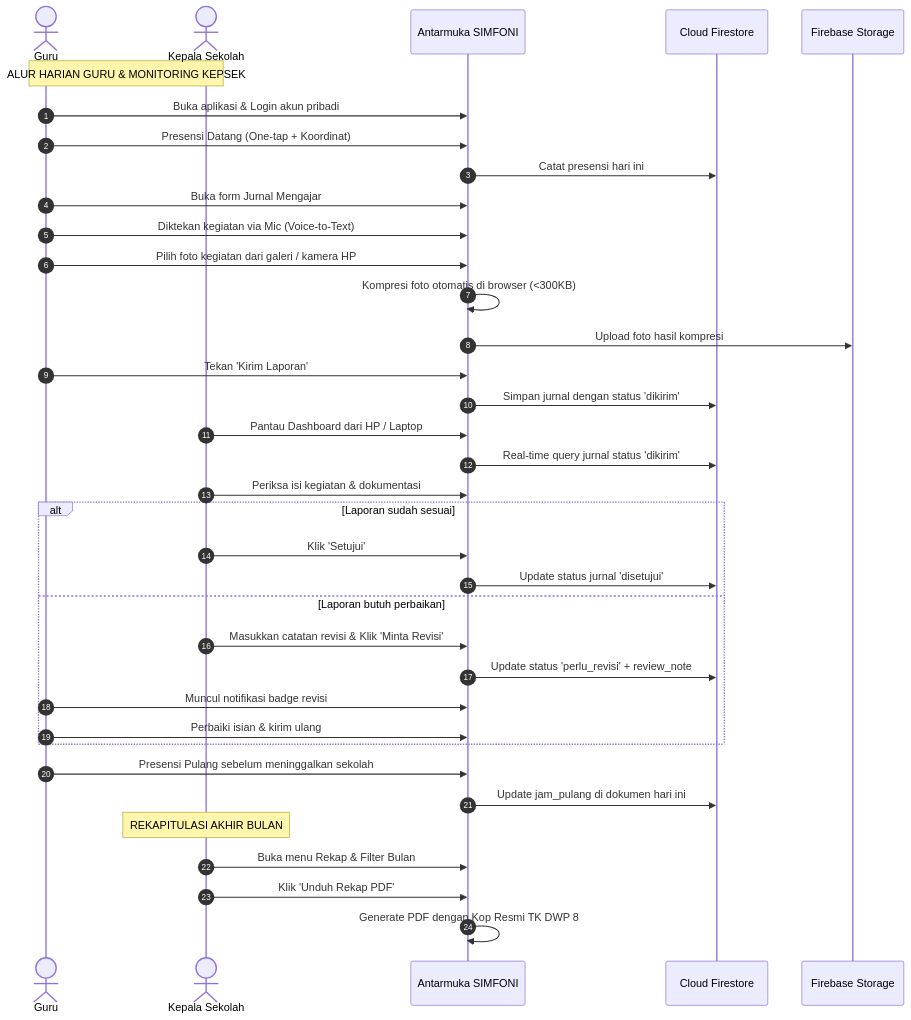
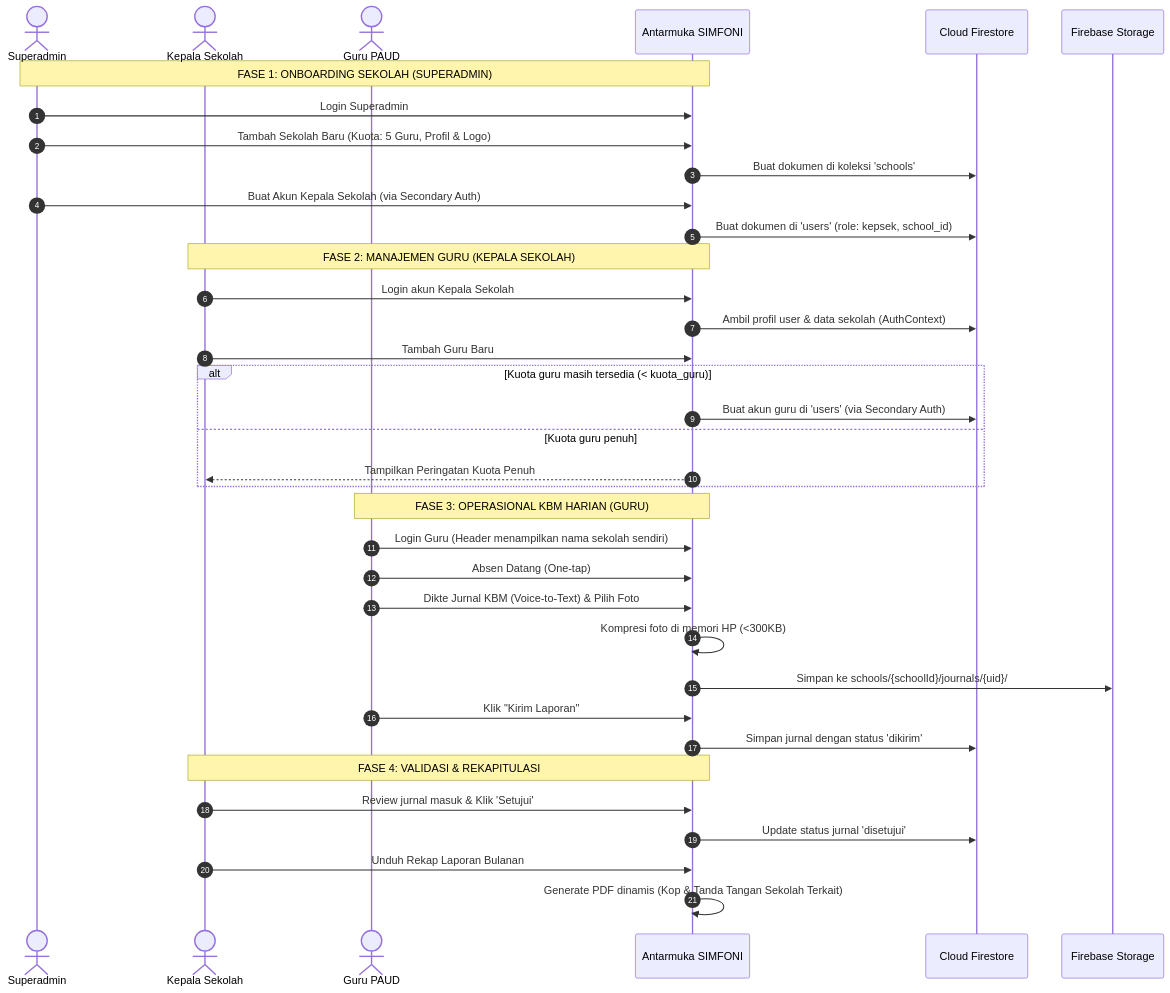
One commit to bud1purwanto/Simfoni-PAUD changed the second of 2 diagrams in docs/features-and-workflow.md. Above: the diagram before and after it, drawn with Mermaid. The commit also changed other lines of this file and 7 other files, not shown here.

````diff
--- a/docs/features-and-workflow.md
+++ b/docs/features-and-workflow.md
@@ -109,43 +94,42 @@
 ```mermaid
 sequenceDiagram
     autonumber
-    actor Guru
-    actor Kepsek as Kepala Sekolah
+    actor SA as Superadmin
+    actor KP as Kepala Sekolah
+    actor GR as Guru PAUD
     participant App as Antarmuka SIMFONI
     participant DB as Cloud Firestore
     participant Storage as Firebase Storage
 
-    Note over Guru, Kepsek: ALUR HARIAN GURU & MONITORING KEPSEK
-    Guru->>App: Buka aplikasi & Login akun pribadi
-    Guru->>App: Presensi Datang (One-tap + Koordinat)
-    App->>DB: Catat presensi hari ini
-    
-    Guru->>App: Buka form Jurnal Mengajar
-    Guru->>App: Diktekan kegiatan via Mic (Voice-to-Text)
-    Guru->>App: Pilih foto kegiatan dari galeri / kamera HP
-    App->>App: Kompresi foto otomatis di browser (<300KB)
-    App->>Storage: Upload foto hasil kompresi
-    Guru->>App: Tekan 'Kirim Laporan'
+    Note over SA, App: FASE 1: ONBOARDING SEKOLAH (SUPERADMIN)
+    SA->>App: Login Superadmin
+    SA->>App: Tambah Sekolah Baru (Kuota: 5 Guru, Profil & Logo)
+    App->>DB: Buat dokumen di koleksi 'schools'
+    SA->>App: Buat Akun Kepala Sekolah (via Secondary Auth)
+    App->>DB: Buat dokumen di 'users' (role: kepsek, school_id)
+
+    Note over KP, App: FASE 2: MANAJEMEN GURU (KEPALA SEKOLAH)
+    KP->>App: Login akun Kepala Sekolah
+    App->>DB: Ambil profil user & data sekolah (AuthContext)
+    KP->>App: Tambah Guru Baru
+    alt Kuota guru masih tersedia (< kuota_guru)
+        App->>DB: Buat akun guru di 'users' (via Secondary Auth)
+    else Kuota guru penuh
+        App-->>KP: Tampilkan Peringatan Kuota Penuh
+    end
+
+    Note over GR, App: FASE 3: OPERASIONAL KBM HARIAN (GURU)
+    GR->>App: Login Guru (Header menampilkan nama sekolah sendiri)
+    GR->>App: Absen Datang (One-tap)
+    GR->>App: Dikte Jurnal KBM (Voice-to-Text) & Pilih Foto
+    App->>App: Kompresi foto di memori HP (<300KB)
+    App->>Storage: Simpan ke schools/{schoolId}/journals/{uid}/
+    GR->>App: Klik "Kirim Laporan"
     App->>DB: Simpan jurnal dengan status 'dikirim'
 
-    Kepsek->>App: Pantau Dashboard dari HP / Laptop
-    App->>DB: Real-time query jurnal status 'dikirim'
-    Kepsek->>App: Periksa isi kegiatan & dokumentasi
-    alt Laporan sudah sesuai
-        Kepsek->>App: Klik 'Setujui'
-        App->>DB: Update status jurnal 'disetujui'
-    else Laporan butuh perbaikan
-        Kepsek->>App: Masukkan catatan revisi & Klik 'Minta Revisi'
-        App->>DB: Update status 'perlu_revisi' + review_note
-        Guru->>App: Muncul notifikasi badge revisi
-        Guru->>App: Perbaiki isian & kirim ulang
-    end
-
-    Guru->>App: Presensi Pulang sebelum meninggalkan sekolah
-    App->>DB: Update jam_pulang di dokumen hari ini
-
-    Note over Kepsek: REKAPITULASI AKHIR BULAN
-    Kepsek->>App: Buka menu Rekap & Filter Bulan
-    Kepsek->>App: Klik 'Unduh Rekap PDF'
-    App->>App: Generate PDF dengan Kop Resmi TK DWP 8
+    Note over KP, App: FASE 4: VALIDASI & REKAPITULASI
+    KP->>App: Review jurnal masuk & Klik 'Setujui'
+    App->>DB: Update status jurnal 'disetujui'
+    KP->>App: Unduh Rekap Laporan Bulanan
+    App->>App: Generate PDF dinamis (Kop & Tanda Tangan Sekolah Terkait)
 ```
````
